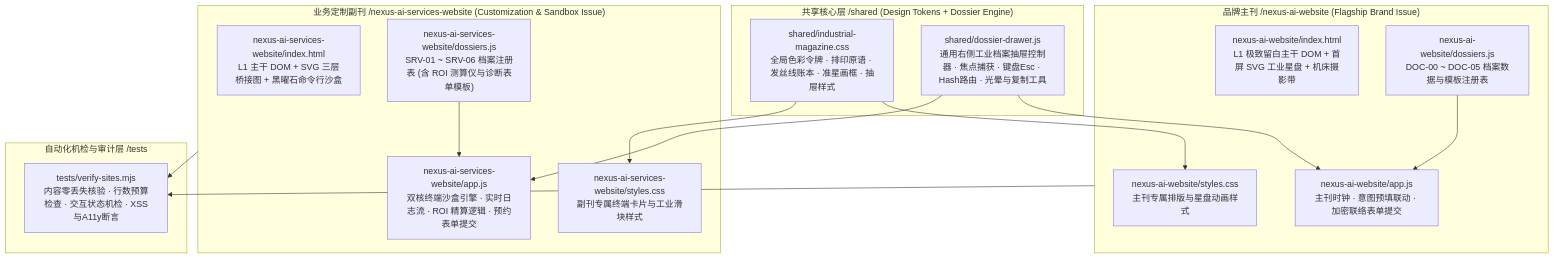
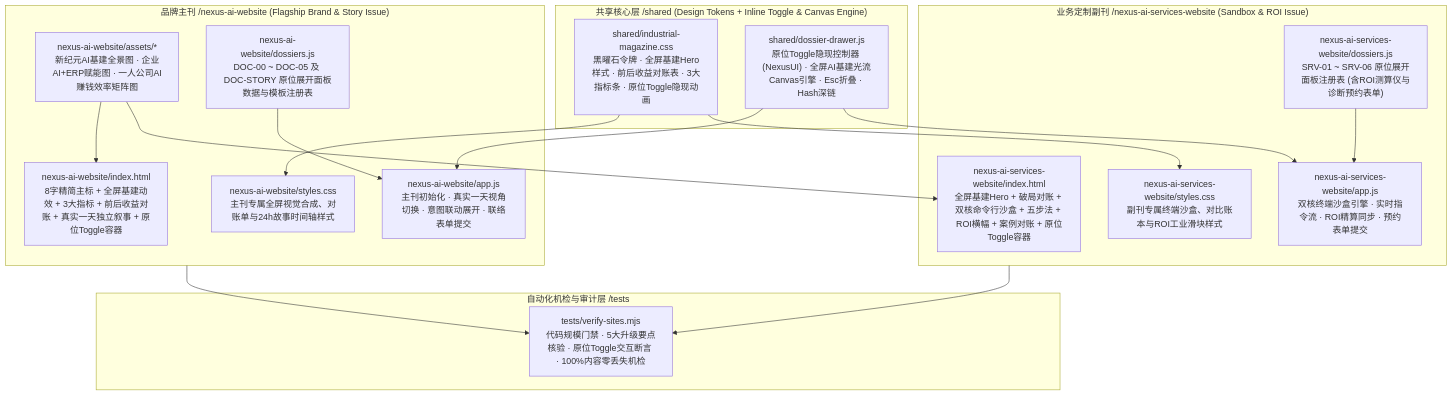
One commit to janzlu/company changed the diagram in CODING-IMPLEMENTATION-PLAN.md. Above: the diagram before and after it, drawn with Mermaid. The commit also changed other lines of this file and 30 other files, not shown here.

Commit message:
feat: upgrade to V2 with new visual narrative, inline toggle disclosure, and optimized assets

````diff
--- a/CODING-IMPLEMENTATION-PLAN.md
+++ b/CODING-IMPLEMENTATION-PLAN.md
@@ -17,34 +19,37 @@
 ```mermaid
 flowchart TD
-    subgraph Shared["共享核心层 /shared (Design Tokens + Dossier Engine)"]
-        S1["shared/industrial-magazine.css<br/>全局色彩令牌 · 排印原语 · 发丝线账本 · 准星画框 · 抽屉样式"]
-        S2["shared/dossier-drawer.js<br/>通用右侧工业档案抽屉控制器 · 焦点捕获 · 键盘Esc · Hash路由 · 光晕与复制工具"]
+    subgraph Shared["共享核心层 /shared (Design Tokens + Inline Toggle & Canvas Engine)"]
+        S1["shared/industrial-magazine.css<br/>黑曜石令牌 · 全屏基建Hero样式 · 前后收益对账表 · 3大指标条 · 原位Toggle隐现动画"]
+        S2["shared/dossier-drawer.js<br/>原位Toggle隐现控制器 (NexusUI) · 全屏AI基建光流Canvas引擎 · Esc折叠 · Hash深链"]
     end
 
-    subgraph BrandSite["品牌主刊 /nexus-ai-website (Flagship Brand Issue)"]
-        B1["nexus-ai-website/index.html<br/>L1 极致留白主干 DOM + 首屏 SVG 工业星盘 + 机床摄影带"]
-        B2["nexus-ai-website/styles.css<br/>主刊专属排版与星盘动画样式"]
-        B3["nexus-ai-website/dossiers.js<br/>DOC-00 ~ DOC-05 档案数据与模板注册表"]
-        B4["nexus-ai-website/app.js<br/>主刊时钟 · 意图预填联动 · 加密联络表单提交"]
+    subgraph BrandSite["品牌主刊 /nexus-ai-website (Flagship Brand & Story Issue)"]
+        B0["nexus-ai-website/assets/*<br/>新纪元AI基建全景图 · 企业AI+ERP赋能图 · 一人公司AI赚钱效率矩阵图"]
+        B1["nexus-ai-website/index.html<br/>8字精简主标 + 全屏基建动效 + 3大指标 + 前后收益对账 + 真实一天独立叙事 + 原位Toggle容器"]
+        B2["nexus-ai-website/styles.css<br/>主刊专属全屏视觉合成、对账单与24h故事时间轴样式"]
+        B3["nexus-ai-website/dossiers.js<br/>DOC-00 ~ DOC-05 及 DOC-STORY 原位展开面板数据与模板注册表"]
+        B4["nexus-ai-website/app.js<br/>主刊初始化 · 真实一天视角切换 · 意图联动展开 · 联络表单提交"]
     end
 
-    subgraph ServicesSite["业务定制副刊 /nexus-ai-services-website (Customization & Sandbox Issue)"]
-        C1["nexus-ai-services-website/index.html<br/>L1 主干 DOM + SVG 三层桥接图 + 黑曜石命令行沙盒"]
-        C2["nexus-ai-services-website/styles.css<br/>副刊专属终端卡片与工业滑块样式"]
-        C3["nexus-ai-services-website/dossiers.js<br/>SRV-01 ~ SRV-06 档案注册表 (含 ROI 测算仪与诊断表单模板)"]
-        C4["nexus-ai-services-website/app.js<br/>双核终端沙盒引擎 · 实时日志流 · ROI 精算逻辑 · 预约表单提交"]
+    subgraph ServicesSite["业务定制副刊 /nexus-ai-services-website (Sandbox & ROI Issue)"]
+        C1["nexus-ai-services-website/index.html<br/>全屏基建Hero + 破局对账 + 双核命令行沙盒 + 五步法 + ROI横幅 + 案例对账 + 原位Toggle容器"]
+        C2["nexus-ai-services-website/styles.css<br/>副刊专属终端沙盒、对比账本与ROI工业滑块样式"]
+        C3["nexus-ai-services-website/dossiers.js<br/>SRV-01 ~ SRV-06 原位展开面板注册表 (含ROI测算仪与诊断预约表单)"]
+        C4["nexus-ai-services-website/app.js<br/>双核终端沙盒引擎 · 实时指令流 · ROI精算同步 · 预约表单提交"]
     end
 
     subgraph QA["自动化机检与审计层 /tests"]
-        T1["tests/verify-sites.mjs<br/>内容零丢失核验 · 行数预算检查 · 交互状态机检 · XSS与A11y断言"]
+        T1["tests/verify-sites.mjs<br/>代码规模门禁 · 5大升级要点核验 · 原位Toggle交互断言 · 100%内容零丢失机检"]
     end
 
     S1 --> B2
     S1 --> C2
     S2 --> B4
     S2 --> C4
+    B0 --> B1
+    B0 --> C1
     B3 --> B4
     C3 --> C4
     BrandSite --> T1
     ServicesSite --> T1
 ```
````
